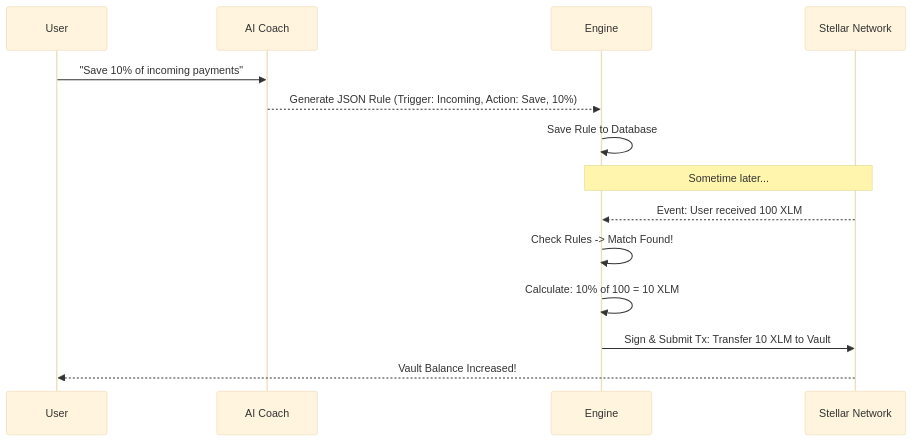
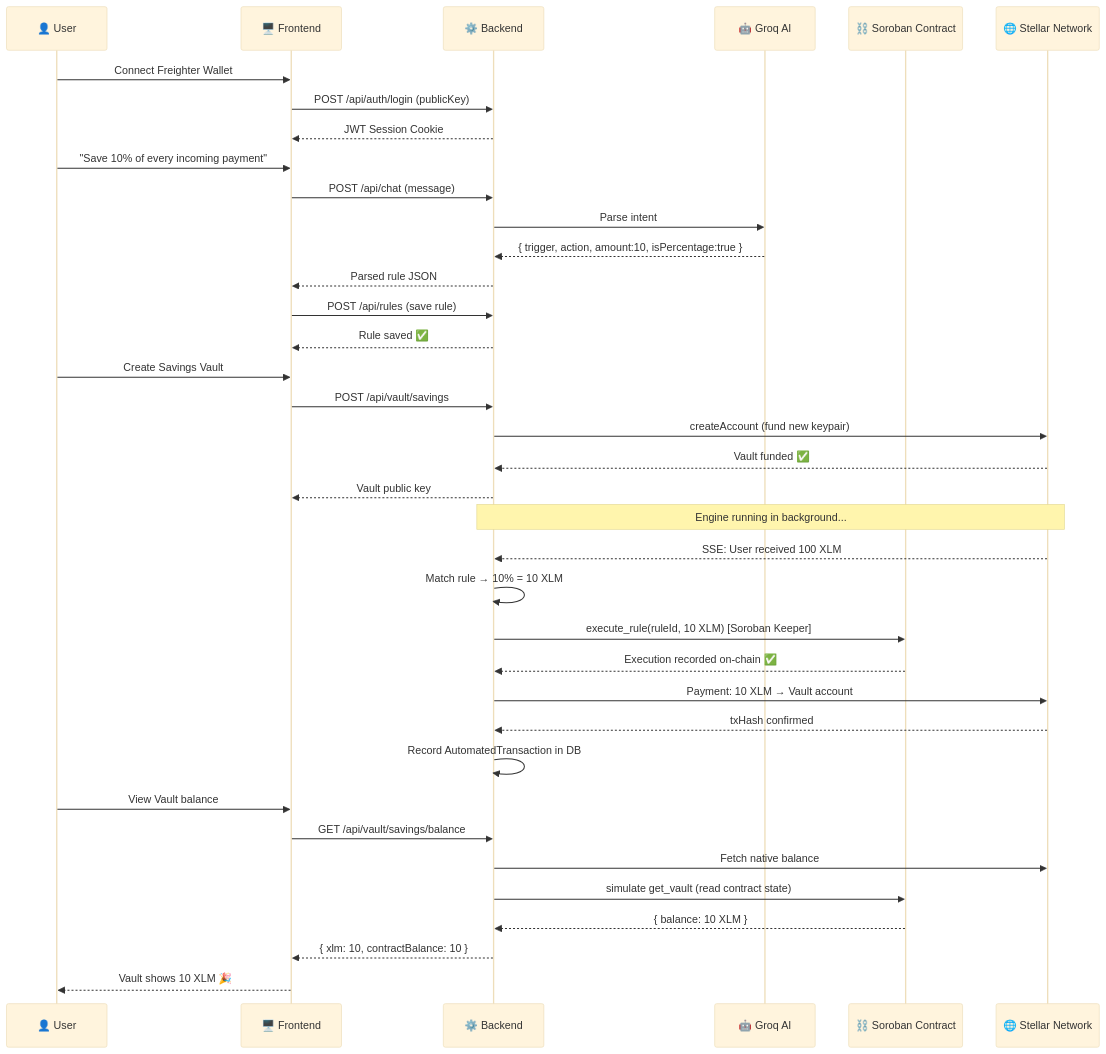
Before and after one commit to tpal-coder/Autopilot: the third of 3 diagrams in README.md, drawn with Mermaid (base theme). The commit also changed other lines of this file, not shown here.

````diff
--- a/README.md
+++ b/README.md
@@ -170,18 +342,44 @@
 ```mermaid
 sequenceDiagram
-    participant User
-    participant AI Coach
-    participant Engine
-    participant Stellar Network
+    participant User as 👤 User
+    participant Frontend as 🖥️ Frontend
+    participant Backend as ⚙️ Backend
+    participant Groq as 🤖 Groq AI
+    participant Contract as ⛓️ Soroban Contract
+    participant Stellar as 🌐 Stellar Network
 
-    User->>AI Coach: "Save 10% of incoming payments"
-    AI Coach-->>Engine: Generate JSON Rule (Trigger: Incoming, Action: Save, 10%)
-    Engine->>Engine: Save Rule to Database
-    
-    Note over Stellar Network, Engine: Sometime later...
-    Stellar Network-->>Engine: Event: User received 100 XLM
-    Engine->>Engine: Check Rules -> Match Found!
-    Engine->>Engine: Calculate: 10% of 100 = 10 XLM
-    Engine->>Stellar Network: Sign & Submit Tx: Transfer 10 XLM to Vault
-    Stellar Network-->>User: Vault Balance Increased!
+    User->>Frontend: Connect Freighter Wallet
+    Frontend->>Backend: POST /api/auth/login (publicKey)
+    Backend-->>Frontend: JWT Session Cookie
+
+    User->>Frontend: "Save 10% of every incoming payment"
+    Frontend->>Backend: POST /api/chat (message)
+    Backend->>Groq: Parse intent
+    Groq-->>Backend: { trigger, action, amount:10, isPercentage:true }
+    Backend-->>Frontend: Parsed rule JSON
+    Frontend->>Backend: POST /api/rules (save rule)
+    Backend-->>Frontend: Rule saved ✅
+
+    User->>Frontend: Create Savings Vault
+    Frontend->>Backend: POST /api/vault/savings
+    Backend->>Stellar: createAccount (fund new keypair)
+    Stellar-->>Backend: Vault funded ✅
+    Backend-->>Frontend: Vault public key
+
+    Note over Backend, Stellar: Engine running in background...
+    Stellar-->>Backend: SSE: User received 100 XLM
+    Backend->>Backend: Match rule → 10% = 10 XLM
+    Backend->>Contract: execute_rule(ruleId, 10 XLM) [Soroban Keeper]
+    Contract-->>Backend: Execution recorded on-chain ✅
+    Backend->>Stellar: Payment: 10 XLM → Vault account
+    Stellar-->>Backend: txHash confirmed
+    Backend->>Backend: Record AutomatedTransaction in DB
+
+    User->>Frontend: View Vault balance
+    Frontend->>Backend: GET /api/vault/savings/balance
+    Backend->>Stellar: Fetch native balance
+    Backend->>Contract: simulate get_vault (read contract state)
+    Contract-->>Backend: { balance: 10 XLM }
+    Backend-->>Frontend: { xlm: 10, contractBalance: 10 }
+    Frontend-->>User: Vault shows 10 XLM 🎉
 ```
````
